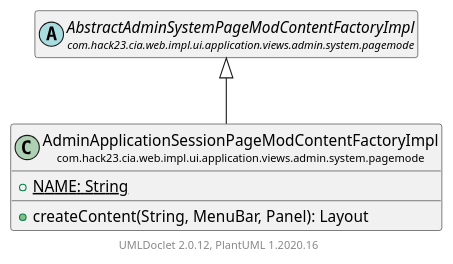
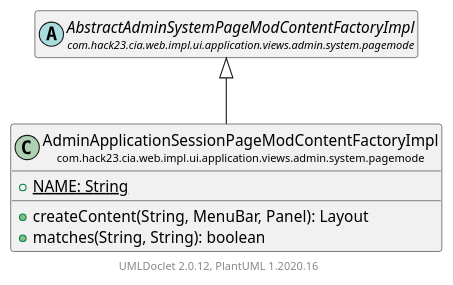
Before and after one commit to Hack23/cia: the diagram in testapidocs/com/hack23/cia/web/impl/ui/application/views/admin/system/pagemode/AdminApplicationSessionPageModContentFactoryImpl.puml, drawn with PlantUML. The commit also changed 2904 other files, not shown here.

```diff
--- a/testapidocs/com/hack23/cia/web/impl/ui/application/views/admin/system/pagemode/AdminApplicationSessionPageModContentFactoryImpl.puml
+++ b/testapidocs/com/hack23/cia/web/impl/ui/application/views/admin/system/pagemode/AdminApplicationSessionPageModContentFactoryImpl.puml
@@ -1,16 +1,17 @@
 @startuml
     set namespaceSeparator none
     hide empty fields
     hide empty methods
 
     class "<size:14>AdminApplicationSessionPageModContentFactoryImpl\n<size:10>com.hack23.cia.web.impl.ui.application.views.admin.system.pagemode" as com.hack23.cia.web.impl.ui.application.views.admin.system.pagemode.AdminApplicationSessionPageModContentFactoryImpl [[AdminApplicationSessionPageModContentFactoryImpl.html]] {
         {static} +NAME: String
         +createContent(String, MenuBar, Panel): Layout
+        +matches(String, String): boolean
     }
 
     abstract class "<size:14>AbstractAdminSystemPageModContentFactoryImpl\n<size:10>com.hack23.cia.web.impl.ui.application.views.admin.system.pagemode" as com.hack23.cia.web.impl.ui.application.views.admin.system.pagemode.AbstractAdminSystemPageModContentFactoryImpl [[AbstractAdminSystemPageModContentFactoryImpl.html]]
 
     com.hack23.cia.web.impl.ui.application.views.admin.system.pagemode.AbstractAdminSystemPageModContentFactoryImpl <|-- com.hack23.cia.web.impl.ui.application.views.admin.system.pagemode.AdminApplicationSessionPageModContentFactoryImpl
 
     center footer UMLDoclet 2.0.12, PlantUML 1.2020.16
 @enduml
```
